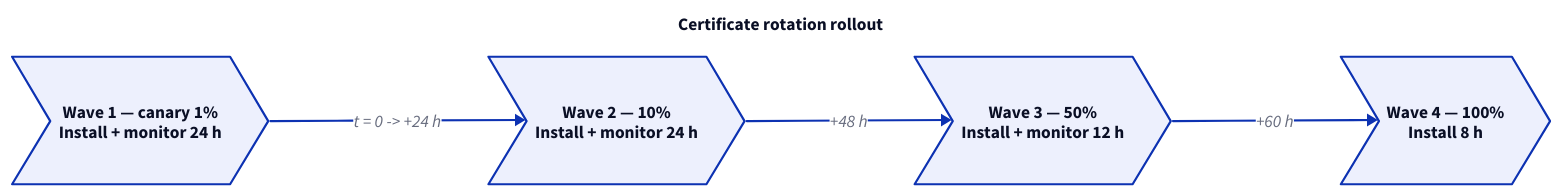
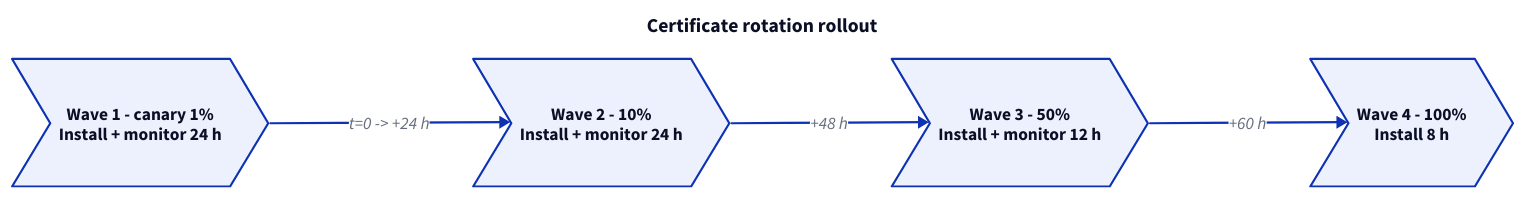
The diagram in docs/infrastructure/security/rotation.md (admiral-ai/zebra-handheld-rfid-iotc), drawn with D2 before and after one commit. The commit also changed 40 other files, not shown here.

First line of the commit message:
Redesign all 54 D2 diagrams to a unified visual system

````diff
--- a/docs/infrastructure/security/rotation.md
+++ b/docs/infrastructure/security/rotation.md
@@ -33,11 +33,12 @@
 ```d2
-title: "Certificate rotation rollout" { near: top-center; shape: text; style.font-size: 16; style.bold: true }
+title: "Certificate rotation rollout" { near: top-center; shape: text; style.font-size: 18; style.bold: true }
 direction: right
-W1: "Wave 1 — canary 1%\nInstall + monitor 24 h" { shape: step }
-W2: "Wave 2 — 10%\nInstall + monitor 24 h" { shape: step }
-W3: "Wave 3 — 50%\nInstall + monitor 12 h" { shape: step }
-W4: "Wave 4 — 100%\nInstall 8 h" { shape: step }
-W1 -> W2: t = 0 -> +24 h
+W1: "Wave 1 - canary 1%\nInstall + monitor 24 h" { shape: step }
+W2: "Wave 2 - 10%\nInstall + monitor 24 h" { shape: step }
+W3: "Wave 3 - 50%\nInstall + monitor 12 h" { shape: step }
+W4: "Wave 4 - 100%\nInstall 8 h" { shape: step }
+W1 -> W2: "t=0 -> +24 h"
 W2 -> W3: +48 h
 W3 -> W4: +60 h
+
 ```
````
